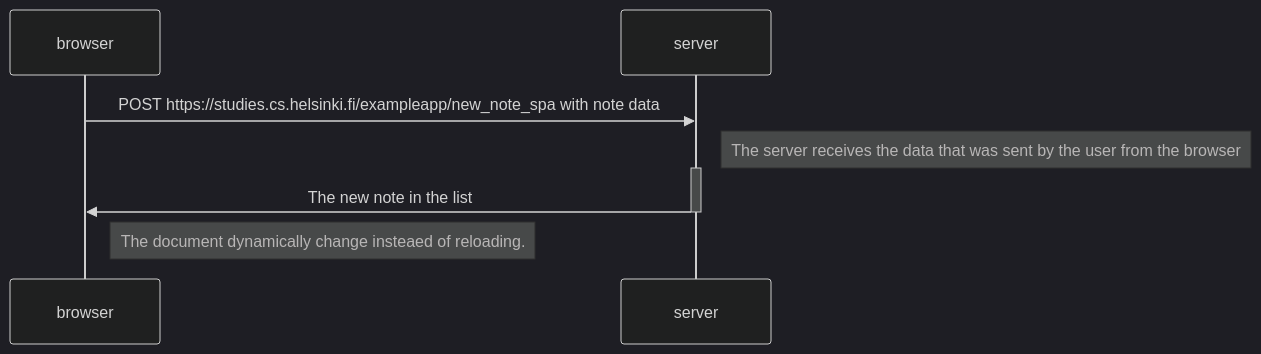
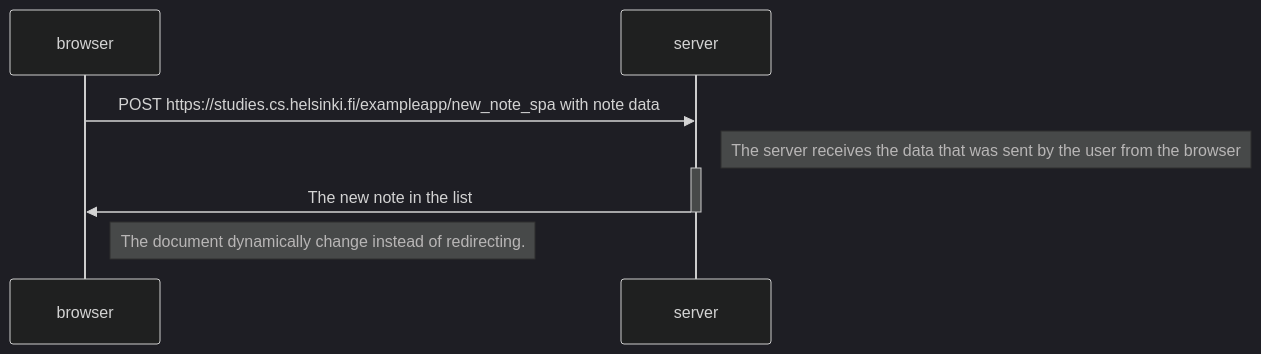
One commit to kaylubr/fullstackopen changed the diagram in part0/0.6_New_note_in_Single_page_app_diagram.md. Above: the diagram before and after it, drawn with Mermaid (dark theme).

Commit message:
Change reload to redirecting

````diff
--- a/part0/0.6_New_note_in_Single_page_app_diagram.md
+++ b/part0/0.6_New_note_in_Single_page_app_diagram.md
@@ -1,13 +1,13 @@
 ```mermaid
 sequenceDiagram 
     participant browser 
     participant server 
 
     browser->>server: POST https://studies.cs.helsinki.fi/exampleapp/new_note_spa with note data
     Note right of server: The server receives the data that was sent by the user from the browser
     activate server 
     server->>browser: The new note in the list 
     deactivate server 
 
-    Note right of browser: The document dynamically change insteaed of reloading.
+    Note right of browser: The document dynamically change instead of redirecting.
 ```
````
